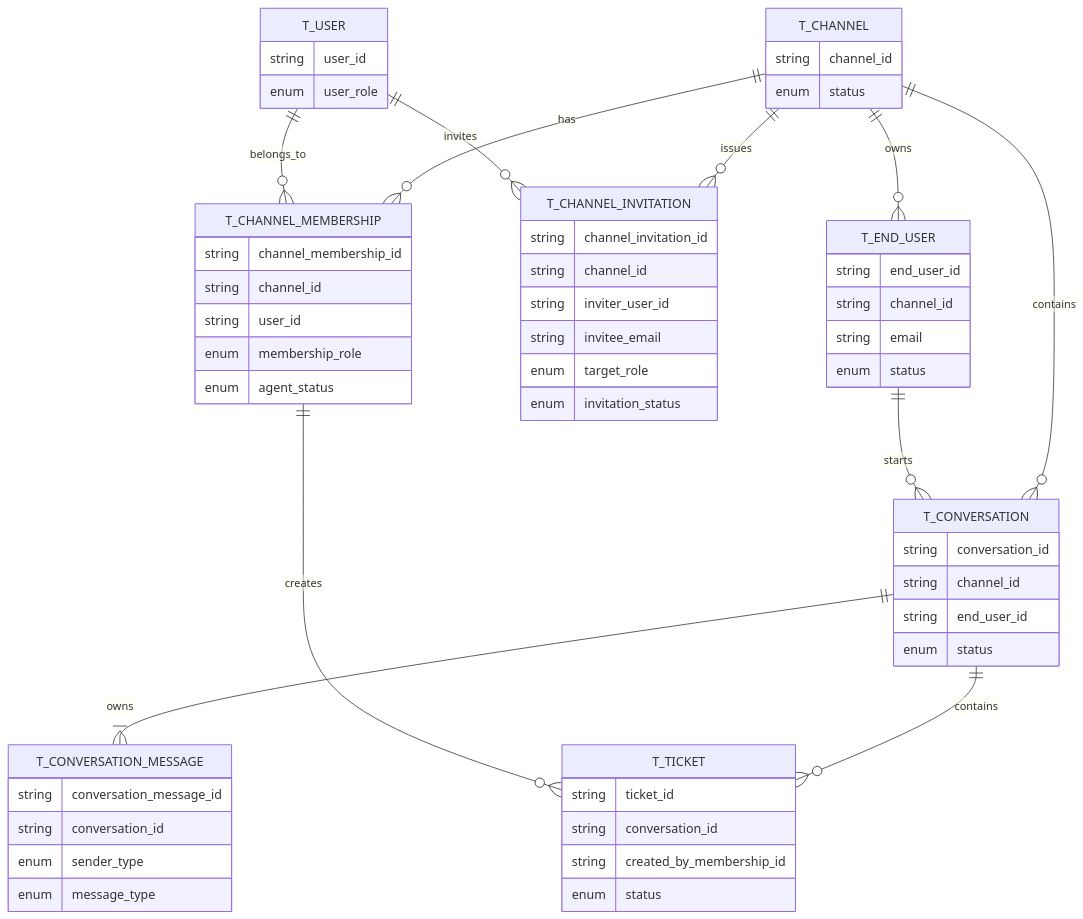
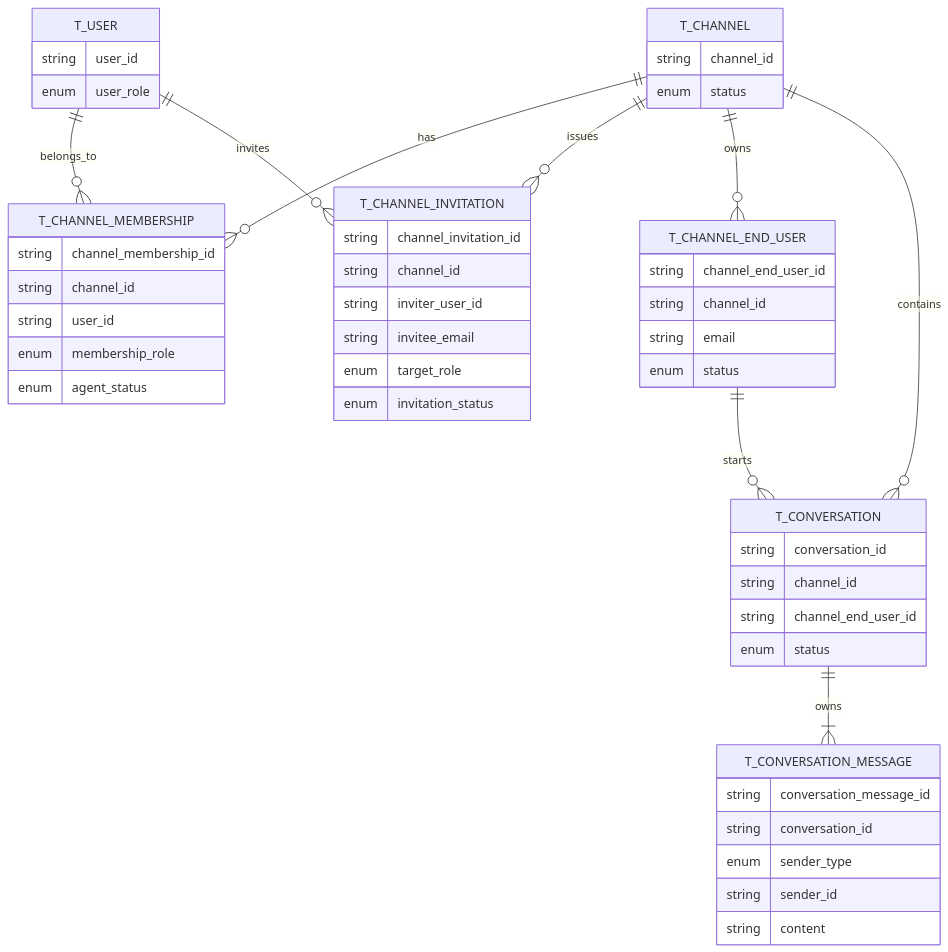
One commit to citron0137/exp-message changed the diagram in 00-docs/03-admin/erd.md. Above: the diagram before and after it, drawn with Mermaid. The commit also changed other lines of this file and 2 other files, not shown here.

Commit message:
Fix: Refine documents to align with agreed plan

````diff
--- a/00-docs/03-admin/erd.md
+++ b/00-docs/03-admin/erd.md
@@ -13,71 +13,63 @@
 ```mermaid
 erDiagram
     T_USER {
         string user_id
         enum user_role
     }
 
     T_CHANNEL {
         string channel_id
         enum status
     }
 
     T_CHANNEL_MEMBERSHIP {
         string channel_membership_id
         string channel_id
         string user_id
         enum membership_role
         enum agent_status
     }
 
     T_CHANNEL_INVITATION {
         string channel_invitation_id
         string channel_id
         string inviter_user_id
         string invitee_email
         enum target_role
         enum invitation_status
     }
 
-    T_END_USER {
-        string end_user_id
+    T_CHANNEL_END_USER {
+        string channel_end_user_id
         string channel_id
         string email
         enum status
     }
 
     T_CONVERSATION {
         string conversation_id
         string channel_id
-        string end_user_id
+        string channel_end_user_id
         enum status
     }
 
     T_CONVERSATION_MESSAGE {
         string conversation_message_id
         string conversation_id
         enum sender_type
-        enum message_type
-    }
-
-    T_TICKET {
-        string ticket_id
-        string conversation_id
-        string created_by_membership_id
-        enum status
+        string sender_id
+        string content
     }
 
     T_CHANNEL ||--o{ T_CHANNEL_MEMBERSHIP: has
     T_USER ||--o{ T_CHANNEL_MEMBERSHIP: belongs_to
 
     T_CHANNEL ||--o{ T_CHANNEL_INVITATION: issues
     T_USER ||--o{ T_CHANNEL_INVITATION: invites
 
-    T_CHANNEL ||--o{ T_END_USER: owns
+    T_CHANNEL ||--o{ T_CHANNEL_END_USER: owns
     T_CHANNEL ||--o{ T_CONVERSATION: contains
-    T_END_USER ||--o{ T_CONVERSATION: starts
+    T_CHANNEL_END_USER ||--o{ T_CONVERSATION: starts
 
     T_CONVERSATION ||--|{ T_CONVERSATION_MESSAGE: owns
-    T_CONVERSATION ||--o{ T_TICKET: contains
-    T_CHANNEL_MEMBERSHIP ||--o{ T_TICKET: creates
 ```
````
